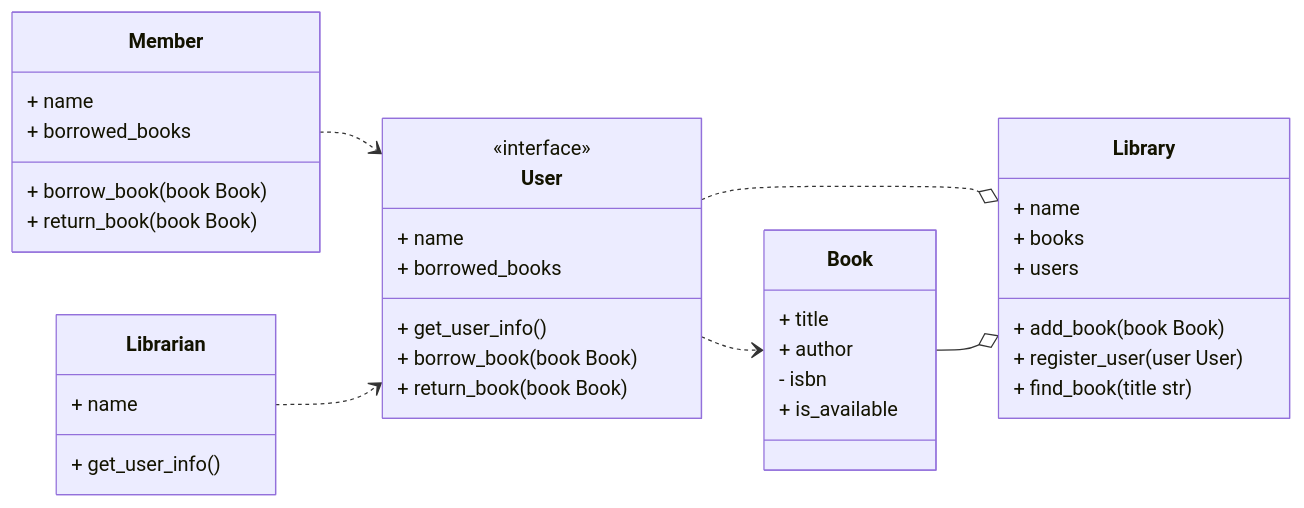
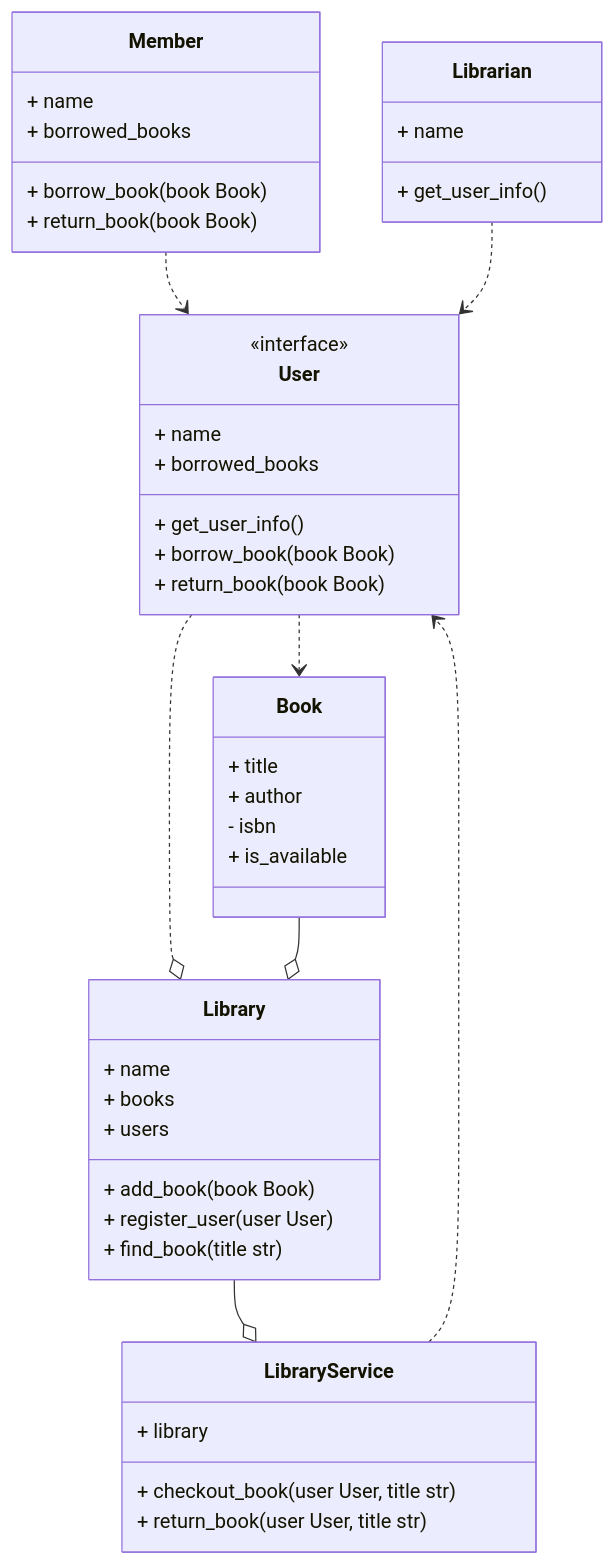
The diagram in relationships.mmd (bakxy1/library_management_system), drawn with Mermaid before and after one commit.

Commit message:
feat(uml): ✨ Add new class and its relationships

```diff
--- a/relationships.mmd
+++ b/relationships.mmd
@@ -1,42 +1,53 @@
 classDiagram
-    direction LR
+    %% direction LR
     class User
     <<interface>> User
         User: + name
         User: + borrowed_books
 
         User: + get_user_info()
         User: + borrow_book(book Book)
         User: + return_book(book Book)
     
     class Member
         Member: + name
         Member: + borrowed_books
 
         Member: + borrow_book(book Book)
         Member: + return_book(book Book)
     
     class Librarian
         Librarian: + name
         Librarian: + get_user_info()
     
     class Library
         Library: + name
         Library: + books
         Library: + users
 
         Library: + add_book(book Book)
         Library: + register_user(user User)
         Library: + find_book(title str)
     
+    class LibraryService
+        LibraryService: + library
+        LibraryService: + checkout_book(user User, title str)
+        LibraryService: + return_book(user User, title str)
+    
     class Book
         Book: + title
         Book: + author
         Book: - isbn
         Book: + is_available
     
     Member ..> User
+
     Librarian ..> User
+
     User ..> Book
     User ..o Library
+
     Book --o Library
+
+    Library --o LibraryService
+    LibraryService ..> User
```
